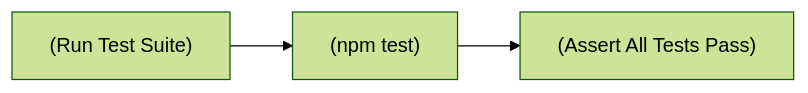
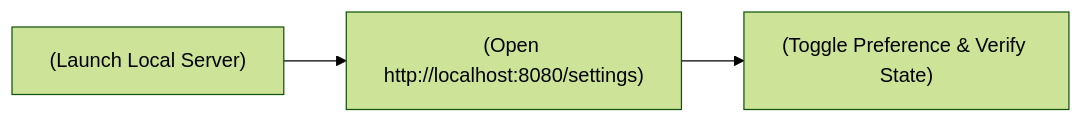
The second of 2 diagrams in .agents/skills/git-publisher/SKILL.md (pato-byepaper/agentic-engineering), drawn with Mermaid (forest theme) before and after one commit. The commit also changed other lines of this file, not shown here.

````diff
--- a/.agents/skills/git-publisher/SKILL.md
+++ b/.agents/skills/git-publisher/SKILL.md
@@ -94,4 +96,4 @@
 ```mermaid
 flowchart LR
-    T1["(Run Test Suite)"] --> T2["(npm test)"] --> T3["(Assert All Tests Pass)"]
+    T1["(Launch Local Server)"] --> T2["(Open http://localhost:8080/settings)"] --> T3["(Toggle Preference & Verify State)"]
 ```
````
